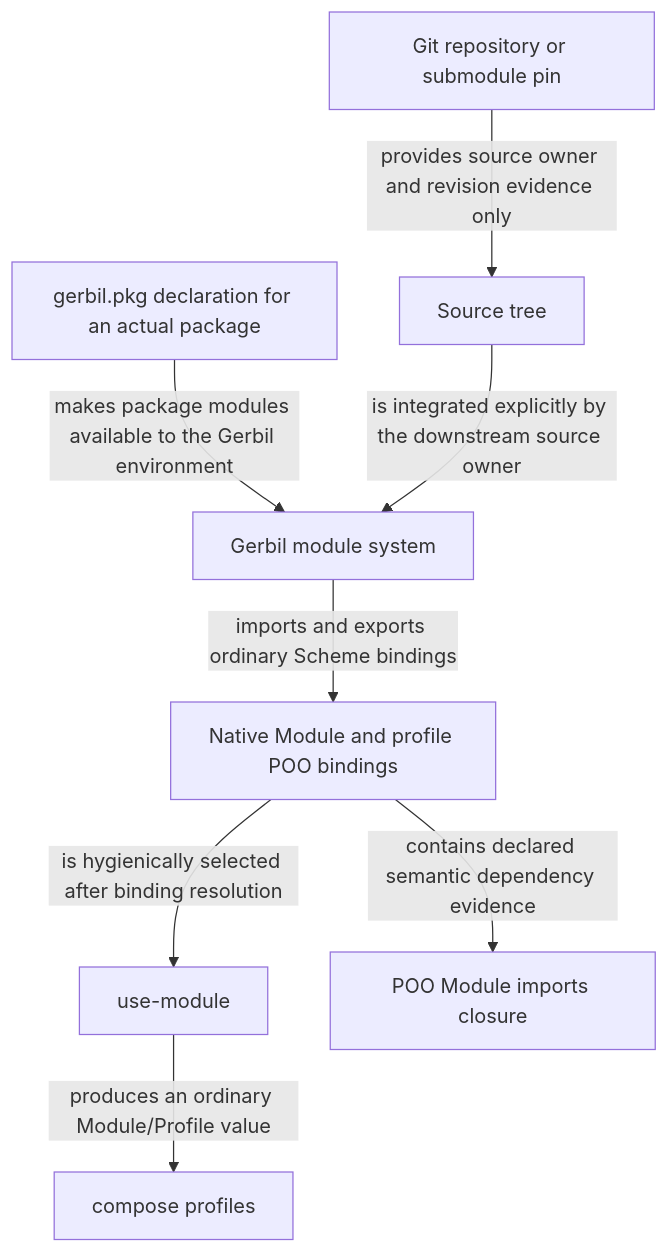
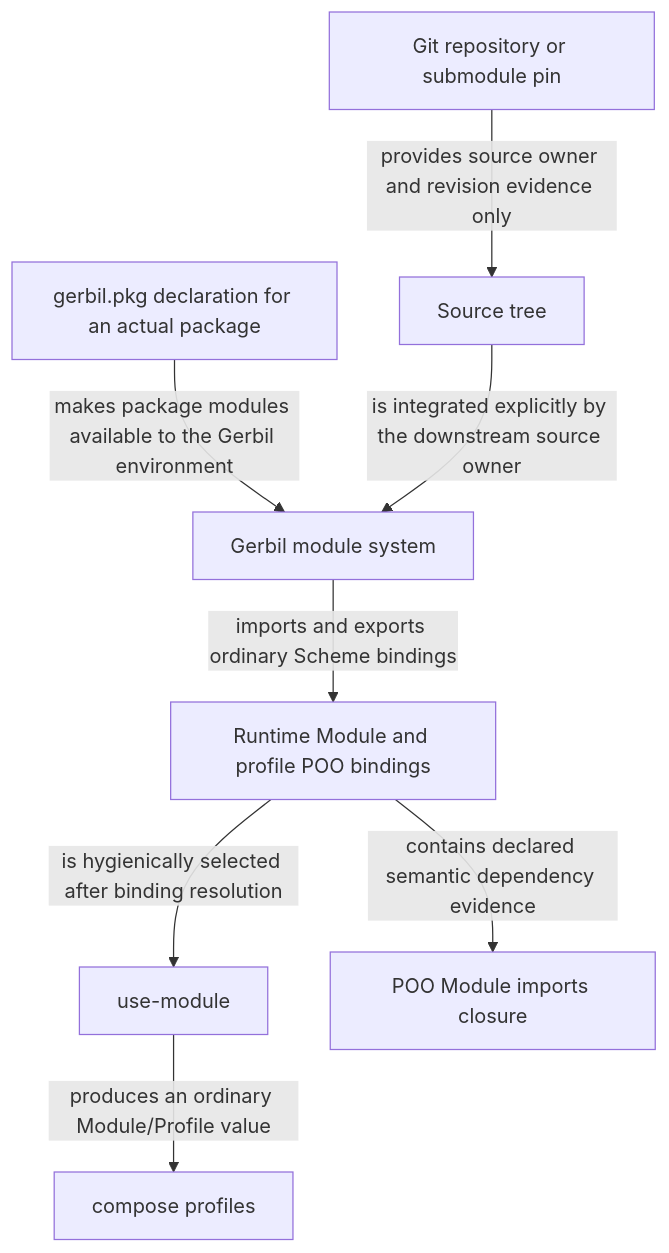
One commit to tao3k/gebril-yuanxu changed the first of 2 diagrams in module-system/design/45-120-14-git-source-gerbil-package-binding-and-poo-import-closure.org. Above: the diagram before and after it, drawn with Mermaid. The commit also changed other lines of this file and 1469 other files, not shown here.

First line of the commit message:
refactor: consolidate module runtime and build interfaces

```diff
--- a/module-system/design/45-120-14-git-source-gerbil-package-binding-and-poo-import-closure.org
+++ b/module-system/design/45-120-14-git-source-gerbil-package-binding-and-poo-import-closure.org
@@ -58,10 +58,10 @@
 #+begin_src mermaid
 flowchart TD
   G["Git repository or submodule pin"] -->|"provides source owner and revision evidence only"| S["Source tree"]
   P["gerbil.pkg declaration for an actual package"] -->|"makes package modules available to the Gerbil environment"| B["Gerbil module system"]
   S -->|"is integrated explicitly by the downstream source owner"| B
-  B -->|"imports and exports ordinary Scheme bindings"| V["Native Module and profile POO bindings"]
+  B -->|"imports and exports ordinary Scheme bindings"| V["Runtime Module and profile POO bindings"]
   V -->|"is hygienically selected after binding resolution"| U["use-module"]
   U -->|"produces an ordinary Module/Profile value"| C["compose profiles"]
   V -->|"contains declared semantic dependency evidence"| I["POO Module imports closure"]
 #+end_src
```
